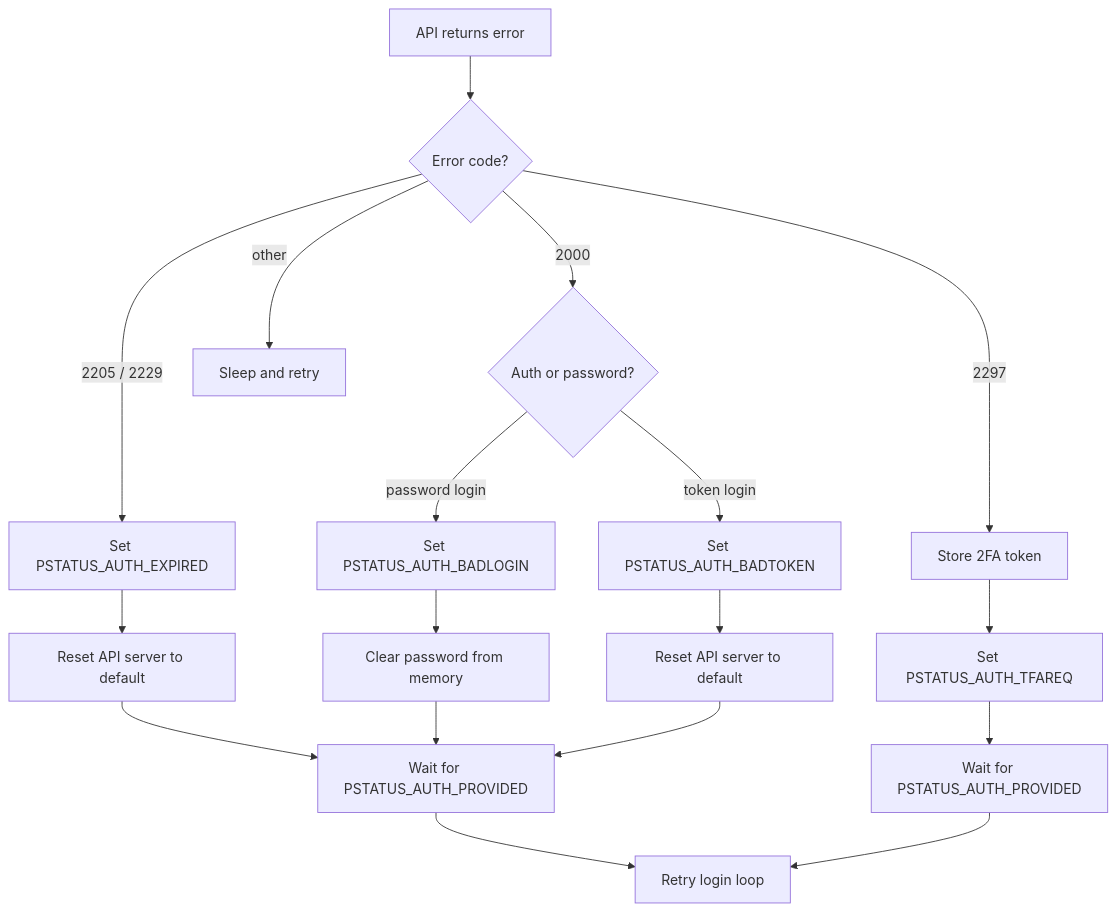
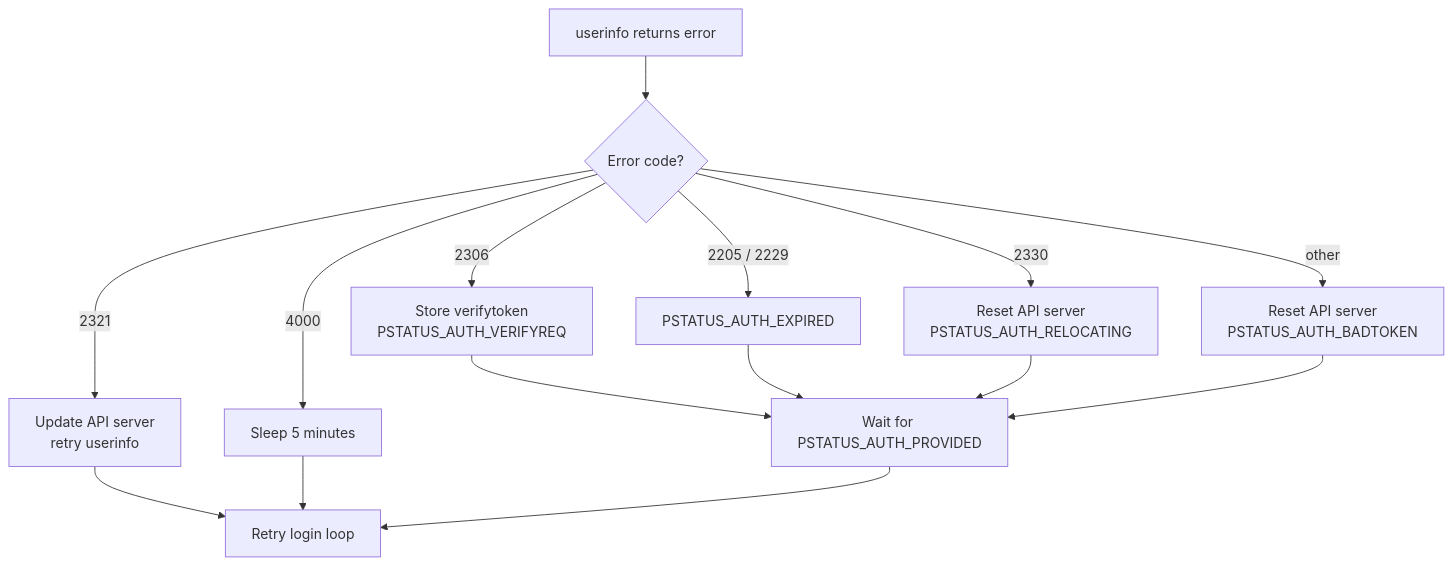
One commit to pCloud/pclsync changed the second of 2 diagrams in docs/wiki/04-authentication.md. Above: the diagram before and after it, drawn with Mermaid. The commit also changed other lines of this file and 6 other files, not shown here.

First line of the commit message:
Docs | Update authentication docs for token-only auth

````diff
--- a/docs/wiki/04-authentication.md
+++ b/docs/wiki/04-authentication.md
@@ -303,26 +189,18 @@
 ```mermaid
 flowchart TD
-    A[API returns error] --> B{Error code?}
-    B -->|2205 / 2229| C[Set PSTATUS_AUTH_EXPIRED]
-    B -->|2000| D{Auth or password?}
-    B -->|2297| E[Store 2FA token]
-    B -->|other| F[Sleep and retry]
+    A[userinfo returns error] --> B{Error code?}
+    B -->|2306| C[Store verifytoken<br/>PSTATUS_AUTH_VERIFYREQ]
+    B -->|2205 / 2229| D[PSTATUS_AUTH_EXPIRED]
+    B -->|2321| E[Update API server<br/>retry userinfo]
+    B -->|2330| F[Reset API server<br/>PSTATUS_AUTH_RELOCATING]
+    B -->|4000| G[Sleep 5 minutes]
+    B -->|other| H[Reset API server<br/>PSTATUS_AUTH_BADTOKEN]
 
-    D -->|password login| G[Set PSTATUS_AUTH_BADLOGIN]
-    D -->|token login| H[Set PSTATUS_AUTH_BADTOKEN]
-
-    C --> I[Reset API server to default]
-    I --> J[Wait for PSTATUS_AUTH_PROVIDED]
-
-    G --> K[Clear password from memory]
-    K --> J
-
-    H --> L[Reset API server to default]
-    L --> J
-
-    E --> M[Set PSTATUS_AUTH_TFAREQ]
-    M --> N[Wait for PSTATUS_AUTH_PROVIDED]
-
-    J --> O[Retry login loop]
-    N --> O
+    C --> I[Wait for PSTATUS_AUTH_PROVIDED]
+    D --> I
+    F --> I
+    H --> I
+    E --> J[Retry login loop]
+    G --> J
+    I --> J
 ```
````
